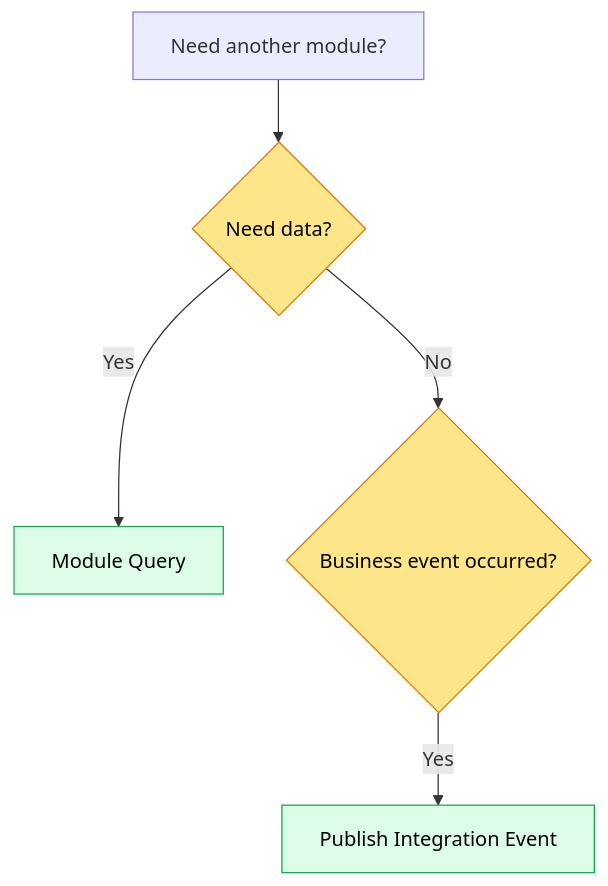
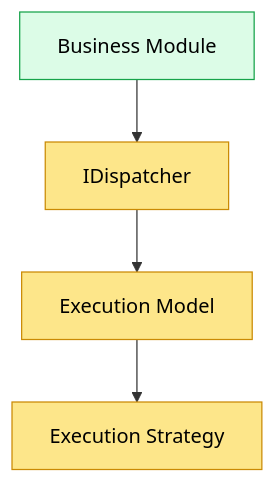
One commit to soufiane-rizk/Jobwize changed the third of 3 diagrams in docs/architecture/06-module-communication.md. Above: the diagram before and after it, drawn with Mermaid. The commit also changed other lines of this file and 164 other files, not shown here.

First line of the commit message:
Establish Backend Architecture Foundation (#23)

````diff
--- a/docs/architecture/06-module-communication.md
+++ b/docs/architecture/06-module-communication.md
@@ -292,27 +252,23 @@
 ```mermaid
 flowchart TD
 
-    A["Need another module?"]
+    Module["Business Module"]
 
-    B{"Need data?"}
+    Dispatcher["IDispatcher"]
 
-    C["Module Query"]
+    Execution["Execution Model"]
 
-    D{"Business event occurred?"}
+    Strategy["Execution Strategy"]
 
-    E["Publish Integration Event"]
+    Module --> Dispatcher
 
-    A --> B
+    Dispatcher --> Execution
 
-    B -->|Yes| C
+    Execution --> Strategy
 
-    B -->|No| D
+    classDef module fill:#dcfce7,stroke:#16a34a,color:#000;
+    classDef runtime fill:#fde68a,stroke:#ca8a04,color:#000;
 
-    D -->|Yes| E
-
-    classDef decision fill:#fde68a,stroke:#d97706,color:#000;
-    classDef action fill:#dcfce7,stroke:#16a34a,color:#000;
-
-    class B,D decision;
-    class C,E action;
+    class Module module;
+    class Dispatcher,Execution,Strategy runtime;
 ```
````
